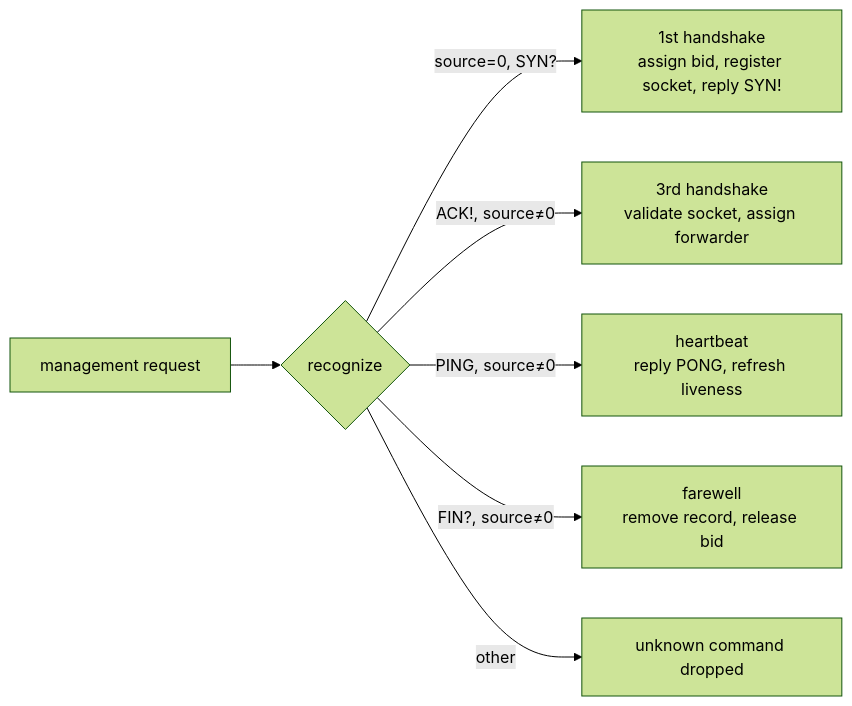
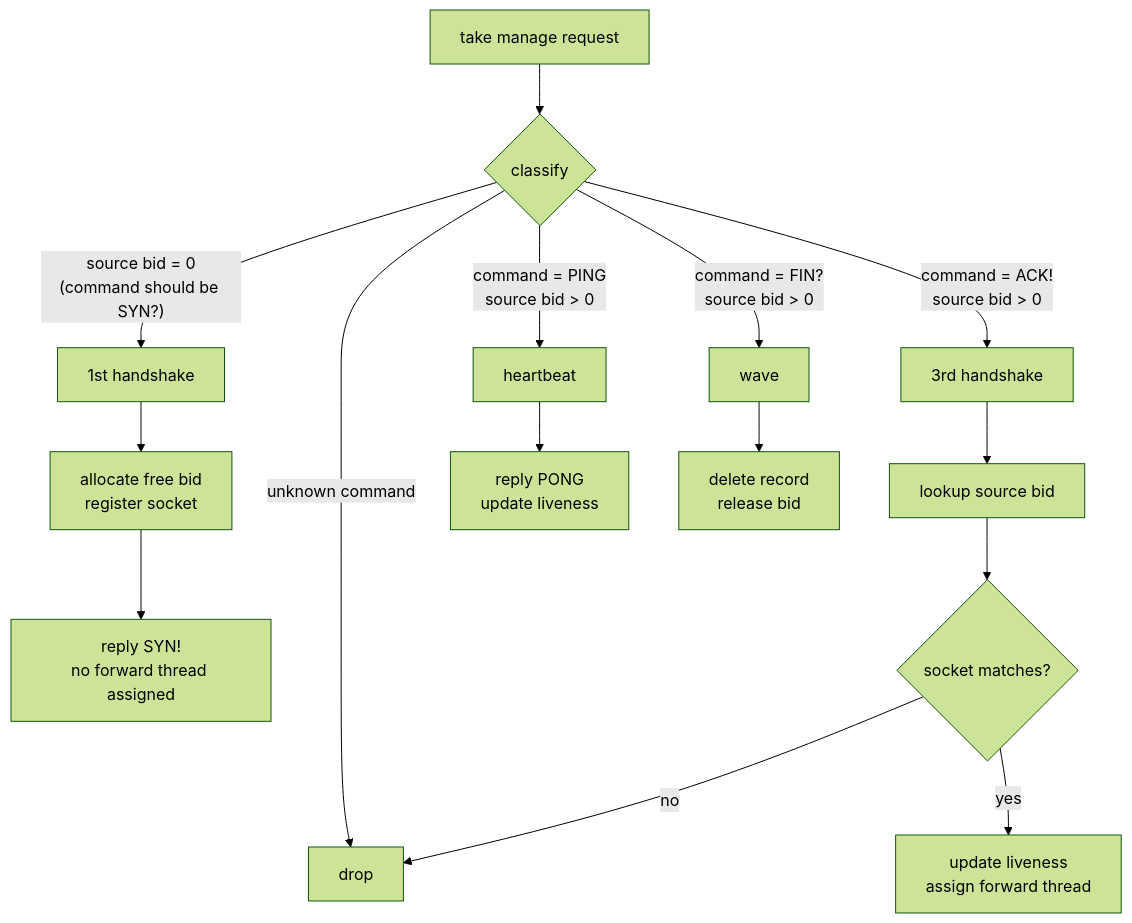
One commit to moky/magpie-bridge changed the fourth of 5 diagrams in docs/design-architecture.md. Above: the diagram before and after it, drawn with Mermaid (forest theme). The commit also changed other lines of this file and 5 other files, not shown here.

Commit message:
docs: regenerate from ai/ tasks with mermaid diagrams

````diff
--- a/docs/design-architecture.md
+++ b/docs/design-architecture.md
@@ -73,9 +78,17 @@
 ```mermaid
-flowchart LR
-    Q[management request] --> T{recognize}
-    T -->|source=0, SYN?| H1[1st handshake<br/>assign bid, register socket, reply SYN!]
-    T -->|ACK!, source≠0| H3[3rd handshake<br/>validate socket, assign forwarder]
-    T -->|PING, source≠0| HB[heartbeat<br/>reply PONG, refresh liveness]
-    T -->|FIN?, source≠0| FW[farewell<br/>remove record, release bid]
-    T -->|other| UN[unknown command dropped]
+flowchart TD
+    P[take manage request] --> C{classify}
+    C -->|"source bid = 0<br/>(command should be SYN?)"| H1[1st handshake]
+    C -->|"command = ACK!<br/>source bid > 0"| H3[3rd handshake]
+    C -->|"command = PING<br/>source bid > 0"| HB[heartbeat]
+    C -->|"command = FIN?<br/>source bid > 0"| FW[wave]
+    C -->|"unknown command"| DR[drop]
+    H1 --> H1A[allocate free bid<br/>register socket]
+    H1A --> H1B[reply SYN!<br/>no forward thread assigned]
+    H3 --> H3A[lookup source bid]
+    H3A --> H3B{socket matches?}
+    H3B -- no --> DR
+    H3B -- yes --> H3C[update liveness<br/>assign forward thread]
+    HB --> HB1[reply PONG<br/>update liveness]
+    FW --> FW1[delete record<br/>release bid]
 ```
````
